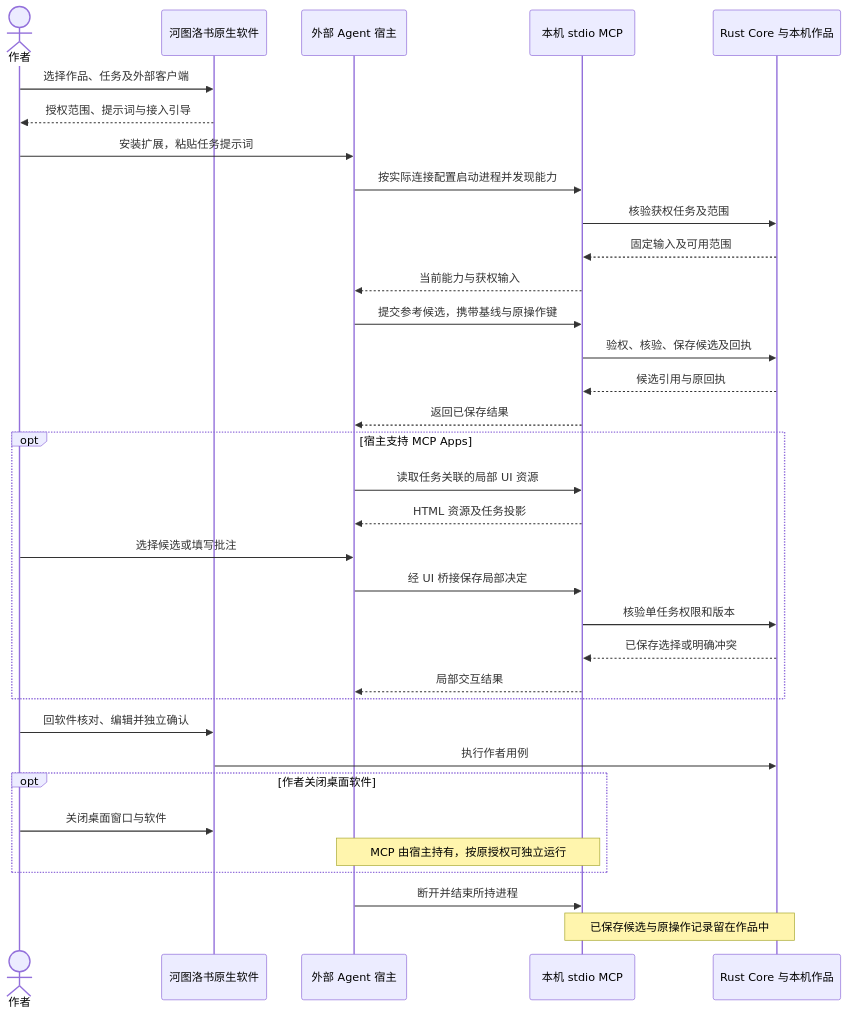
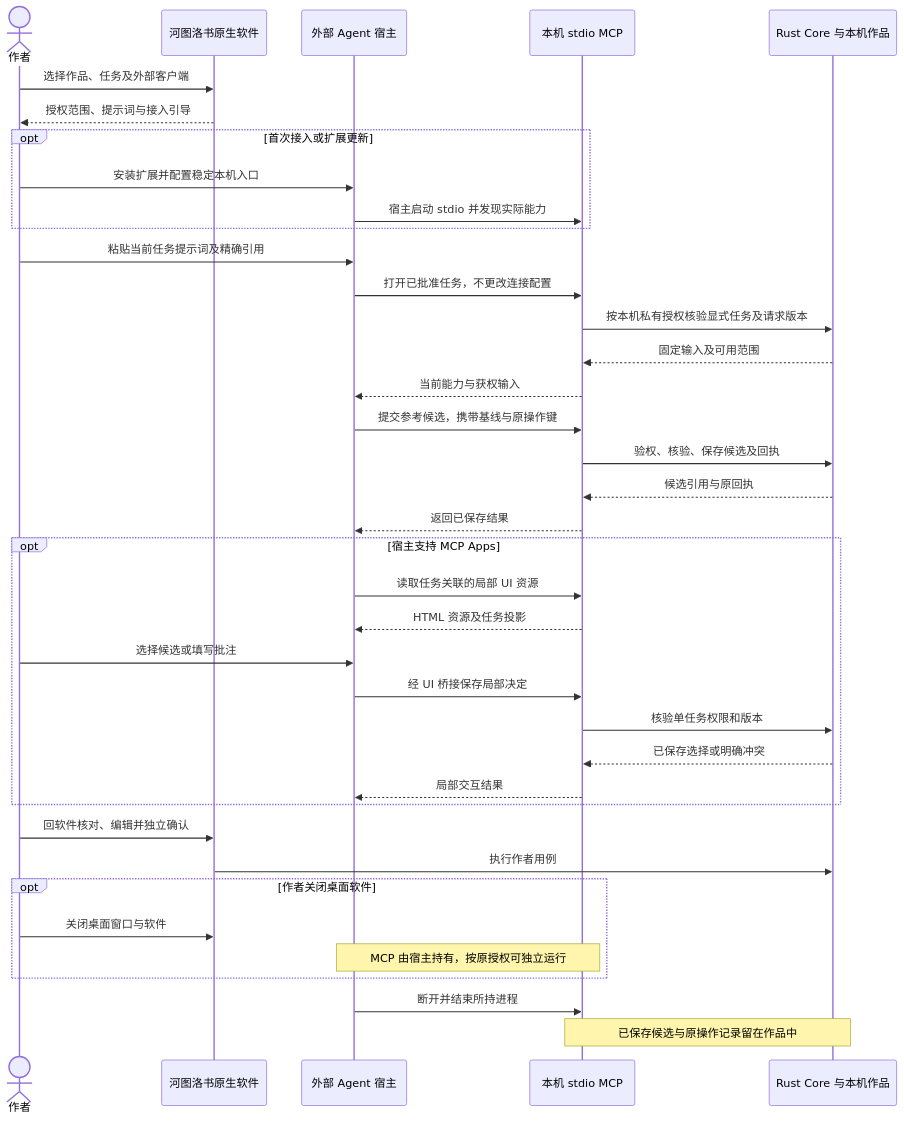
Diagram 33 of 48 in docs/23-业务流程与MCP时序.md (limecloud/hetu), drawn with Mermaid before and after one commit. The commit also changed other lines of this file and 993 other files, not shown here.

````diff
--- a/docs/23-业务流程与MCP时序.md
+++ b/docs/23-业务流程与MCP时序.md
@@ -871,36 +897,40 @@
 ```mermaid
 sequenceDiagram
     actor U as 作者
     participant D as 河图洛书原生软件
     participant A as 外部 Agent 宿主
     participant M as 本机 stdio MCP
     participant C as Rust Core 与本机作品
     U->>D: 选择作品、任务及外部客户端
     D-->>U: 授权范围、提示词与接入引导
-    U->>A: 安装扩展，粘贴任务提示词
-    A->>M: 按实际连接配置启动进程并发现能力
-    M->>C: 核验获权任务及范围
+    opt 首次接入或扩展更新
+        U->>A: 安装扩展并配置稳定本机入口
+        A->>M: 宿主启动 stdio 并发现实际能力
+    end
+    U->>A: 粘贴当前任务提示词及精确引用
+    A->>M: 打开已批准任务，不更改连接配置
+    M->>C: 按本机私有授权核验显式任务及请求版本
     C-->>M: 固定输入及可用范围
     M-->>A: 当前能力与获权输入
     A->>M: 提交参考候选，携带基线与原操作键
     M->>C: 验权、核验、保存候选及回执
     C-->>M: 候选引用与原回执
     M-->>A: 返回已保存结果
     opt 宿主支持 MCP Apps
         A->>M: 读取任务关联的局部 UI 资源
         M-->>A: HTML 资源及任务投影
         U->>A: 选择候选或填写批注
         A->>M: 经 UI 桥接保存局部决定
         M->>C: 核验单任务权限和版本
         C-->>M: 已保存选择或明确冲突
         M-->>A: 局部交互结果
     end
     U->>D: 回软件核对、编辑并独立确认
     D->>C: 执行作者用例
     opt 作者关闭桌面软件
         U->>D: 关闭桌面窗口与软件
         Note over A,M: MCP 由宿主持有，按原授权可独立运行
     end
     A->>M: 断开并结束所持进程
     Note over M,C: 已保存候选与原操作记录留在作品中
 ```
````
